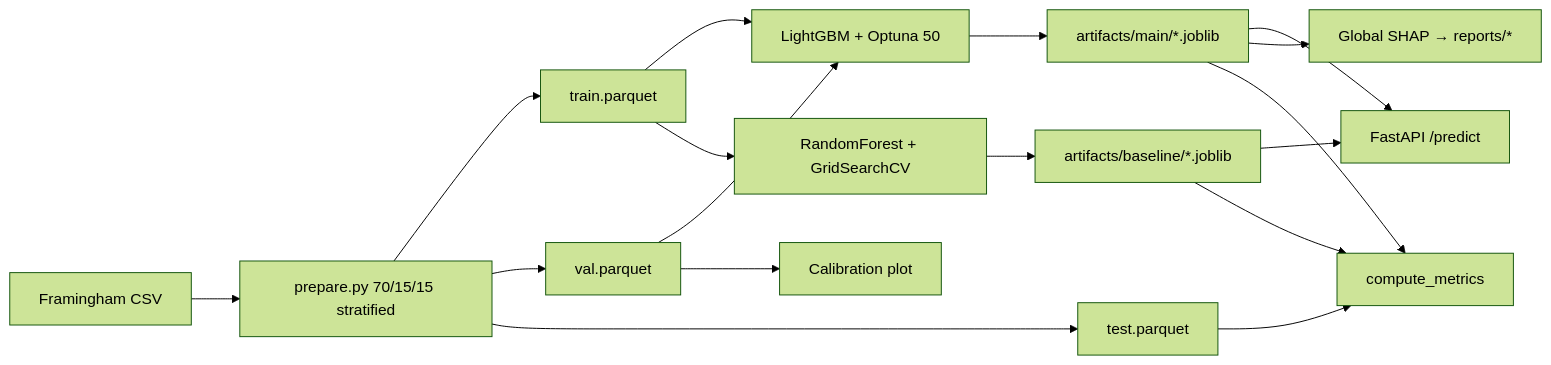
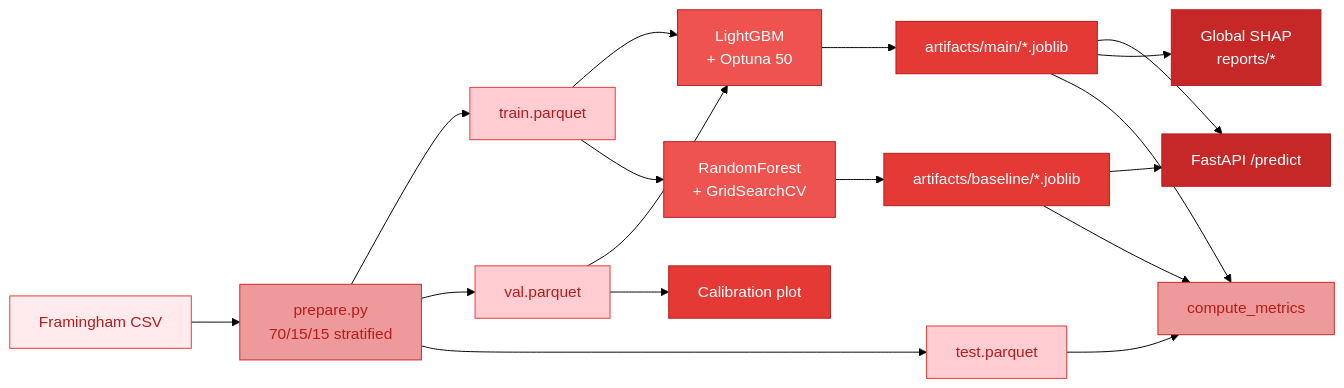
The diagram in docs/architecture.md (kiselyovd/coro-detect), drawn with Mermaid (forest theme) before and after one commit.

Commit message:
style(arch): recolor mermaid flowchart in project-branded palette

````diff
--- a/docs/architecture.md
+++ b/docs/architecture.md
@@ -5,19 +5,26 @@
 ```mermaid
 flowchart LR
-  CSV[Framingham CSV] --> Prep[prepare.py 70/15/15 stratified]
-  Prep --> Train[train.parquet]
-  Prep --> Val[val.parquet]
-  Prep --> Test[test.parquet]
-  Train --> LGBM[LightGBM + Optuna 50]
-  Train --> RF[RandomForest + GridSearchCV]
+  CSV[Framingham CSV]:::external --> Prep[prepare.py<br/>70/15/15 stratified]:::code
+  Prep --> Train[train.parquet]:::data
+  Prep --> Val[val.parquet]:::data
+  Prep --> Test[test.parquet]:::data
+  Train --> LGBM[LightGBM<br/>+ Optuna 50]:::model
+  Train --> RF[RandomForest<br/>+ GridSearchCV]:::model
   Val --> LGBM
-  Val --> Calib[Calibration plot]
-  LGBM --> MainArt[artifacts/main/*.joblib]
-  RF --> BaseArt[artifacts/baseline/*.joblib]
-  MainArt --> API[FastAPI /predict]
+  Val --> Calib[Calibration plot]:::artifact
+  LGBM --> MainArt[artifacts/main/*.joblib]:::artifact
+  RF --> BaseArt[artifacts/baseline/*.joblib]:::artifact
+  MainArt --> API[FastAPI /predict]:::serve
   BaseArt --> API
-  MainArt --> SHAP[Global SHAP → reports/*]
-  Test --> Score[compute_metrics]
+  MainArt --> SHAP[Global SHAP<br/>reports/*]:::serve
+  Test --> Score[compute_metrics]:::code
   MainArt --> Score
   BaseArt --> Score
+
+  classDef external fill:#FFEBEE,stroke:#E53935,color:#B71C1C
+  classDef data fill:#FFCDD2,stroke:#E53935,color:#B71C1C
+  classDef code fill:#EF9A9A,stroke:#C62828,color:#B71C1C
+  classDef model fill:#EF5350,stroke:#B71C1C,color:#fff
+  classDef artifact fill:#E53935,stroke:#B71C1C,color:#fff
+  classDef serve fill:#C62828,stroke:#B71C1C,color:#fff
 ```
````
